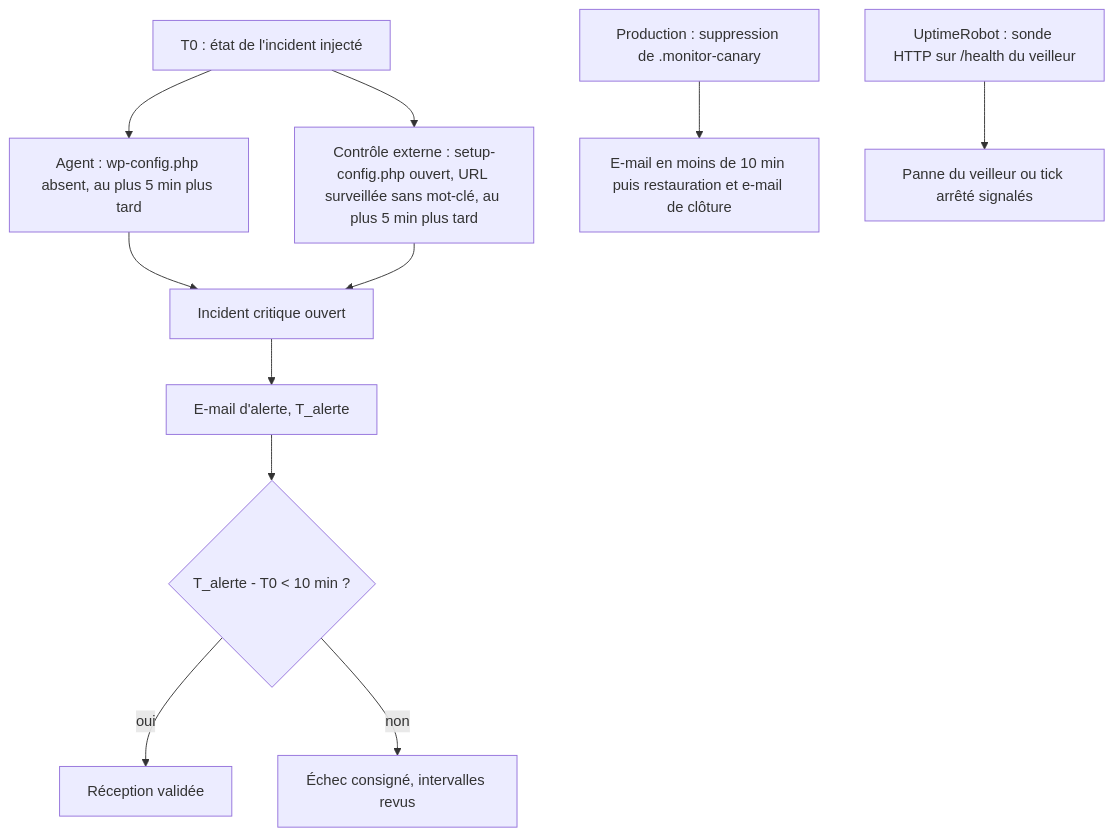
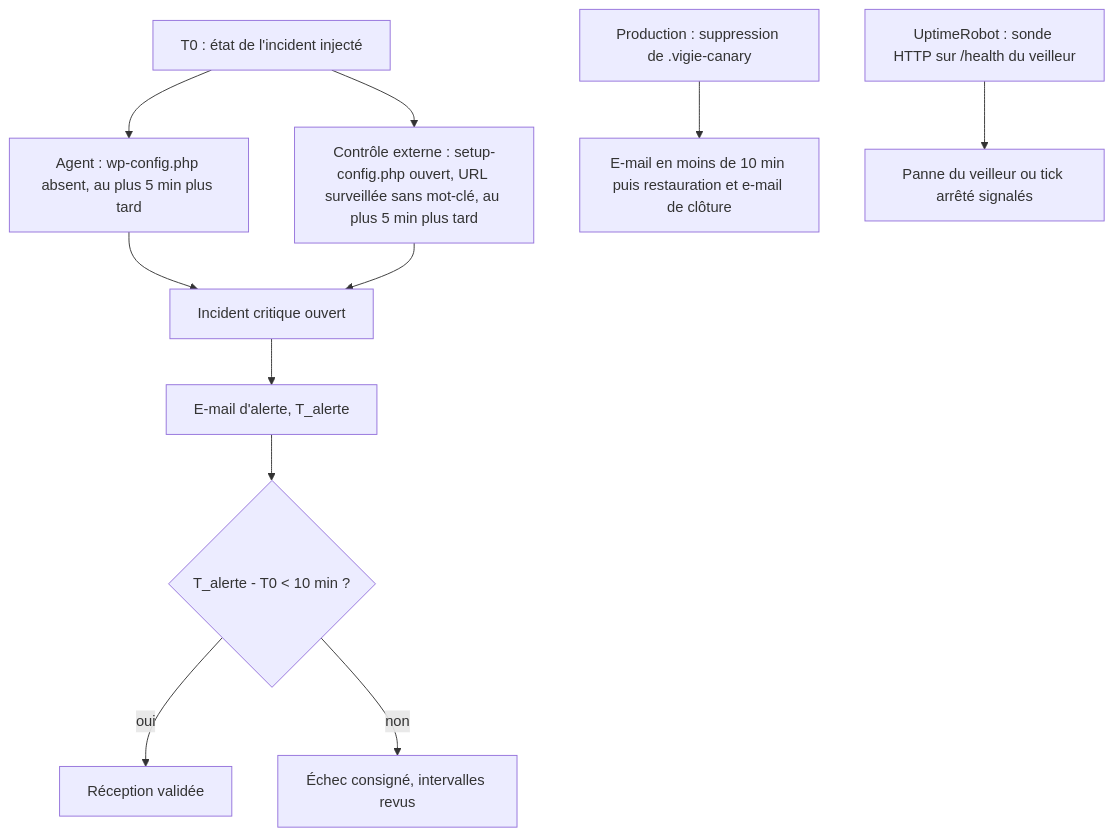
Before and after one commit to RebelliousSmile/alwaysdata_monitor: the first of 2 diagrams in aidd_docs/tasks/2026_10/2026_10_15_veilleur-multisites/phase-5.md, drawn with Mermaid. The commit also changed other lines of this file and 80 other files, not shown here.

First line of the commit message:
refactor(vigie): le projet s'appelle Vigie (monitor/ devient vigie/)

````diff
--- a/aidd_docs/tasks/2026_10/2026_10_15_veilleur-multisites/phase-5.md
+++ b/aidd_docs/tasks/2026_10/2026_10_15_veilleur-multisites/phase-5.md
@@ -27,13 +27,13 @@
 ```mermaid
 flowchart TD
   A[T0 : état de l'incident injecté] --> B[Agent : wp-config.php absent, au plus 5 min plus tard]
   A --> C[Contrôle externe : setup-config.php ouvert, URL surveillée sans mot-clé, au plus 5 min plus tard]
   B --> D[Incident critique ouvert]
   C --> D
   D --> E[E-mail d'alerte, T_alerte]
   E --> F{T_alerte - T0 < 10 min ?}
   F -->|oui| G[Réception validée]
   F -->|non| H[Échec consigné, intervalles revus]
-  I[Production : suppression de .monitor-canary] --> J[E-mail en moins de 10 min puis restauration et e-mail de clôture]
+  I[Production : suppression de .vigie-canary] --> J[E-mail en moins de 10 min puis restauration et e-mail de clôture]
   K[UptimeRobot : sonde HTTP sur /health du veilleur] --> L[Panne du veilleur ou tick arrêté signalés]
 ```
````
